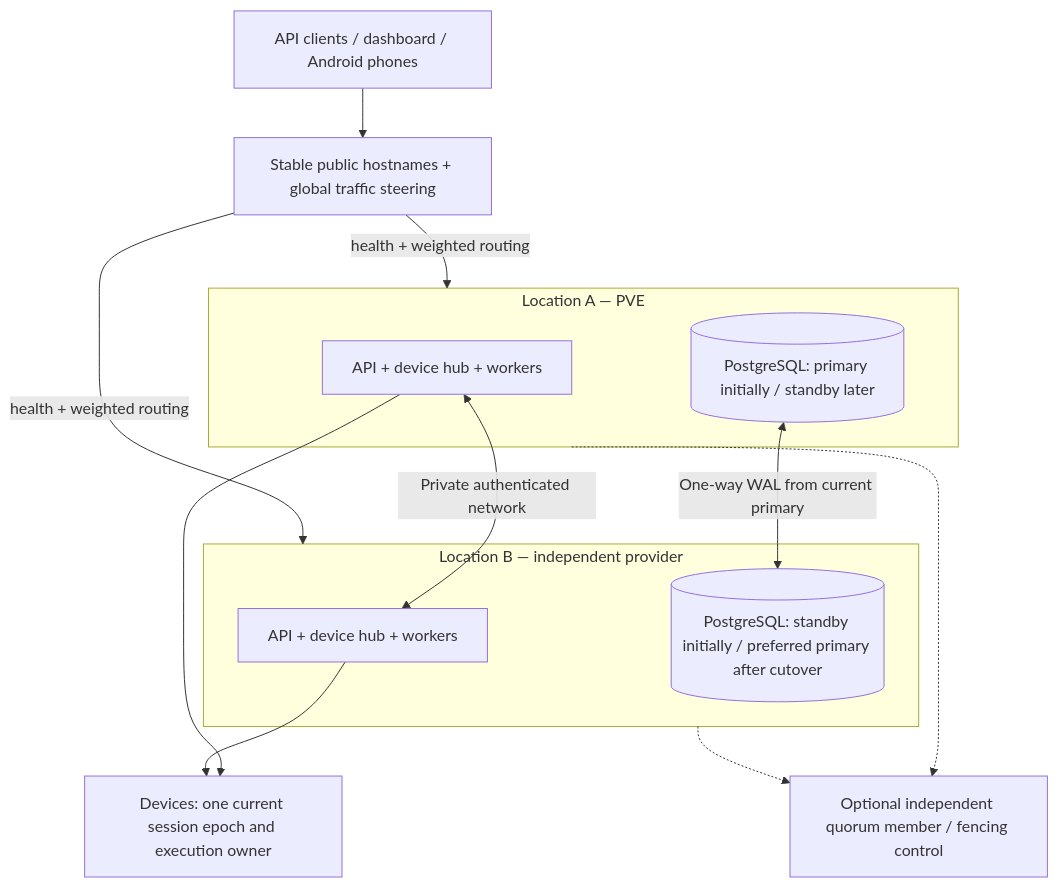
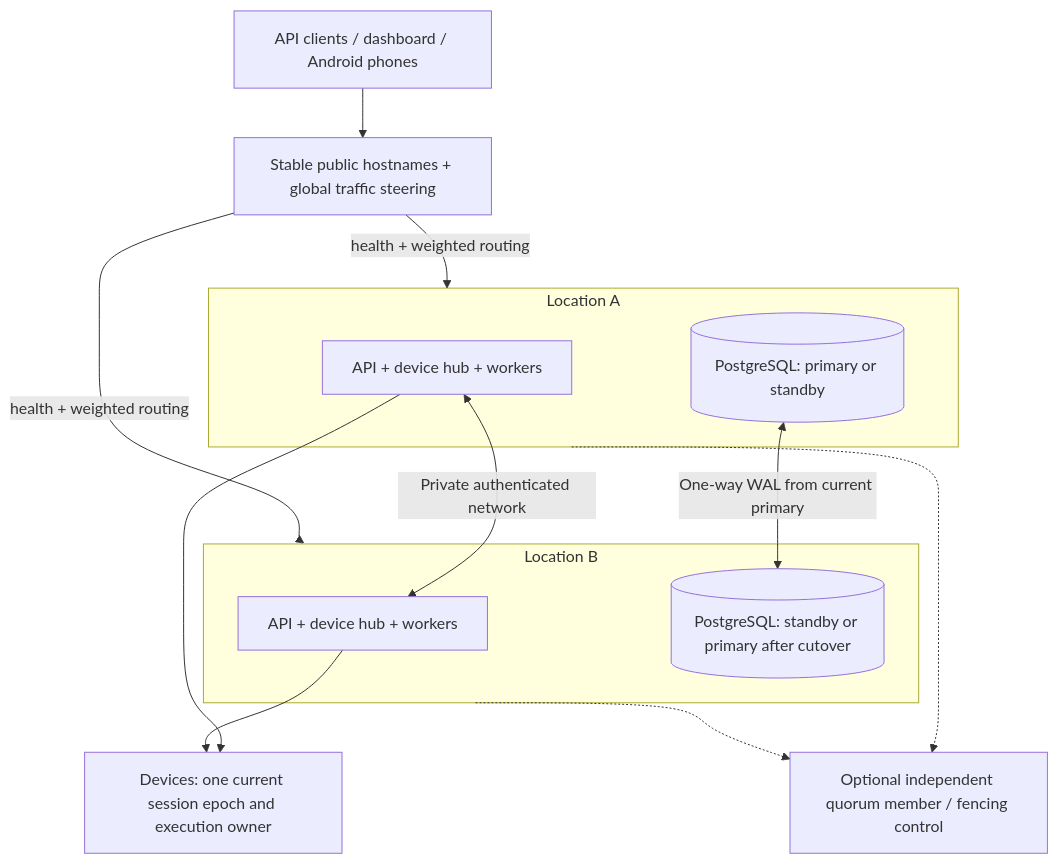
One commit to pboachie/zrotext changed the diagram in docs/MULTI-LOCATION.md. Above: the diagram before and after it, drawn with Mermaid. The commit also changed other lines of this file and 30 other files, not shown here.

````diff
--- a/docs/MULTI-LOCATION.md
+++ b/docs/MULTI-LOCATION.md
@@ -9,20 +9,20 @@
 ```mermaid
 flowchart TB
   C[API clients / dashboard / Android phones] --> E[Stable public hostnames + global traffic steering]
   E -->|health + weighted routing| A
   E -->|health + weighted routing| B
-  subgraph A[Location A — PVE]
+  subgraph A[Location A]
     AA[API + device hub + workers]
-    AP[(PostgreSQL: primary initially / standby later)]
+    AP[(PostgreSQL: primary or standby)]
   end
-  subgraph B[Location B — independent provider]
+  subgraph B[Location B]
     BA[API + device hub + workers]
-    BP[(PostgreSQL: standby initially / preferred primary after cutover)]
+    BP[(PostgreSQL: standby or primary after cutover)]
   end
   AA <-->|Private authenticated network| BA
   AP <-->|One-way WAL from current primary| BP
   A -.-> Q[Optional independent quorum member / fencing control]
   B -.-> Q
   AA --> D[Devices: one current session epoch and execution owner]
   BA --> D
 ```
````
